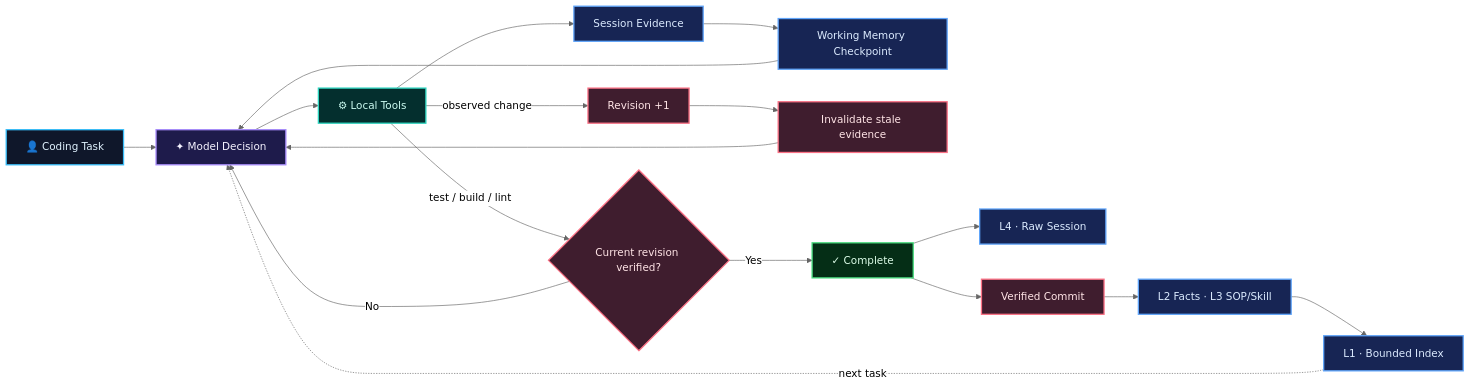
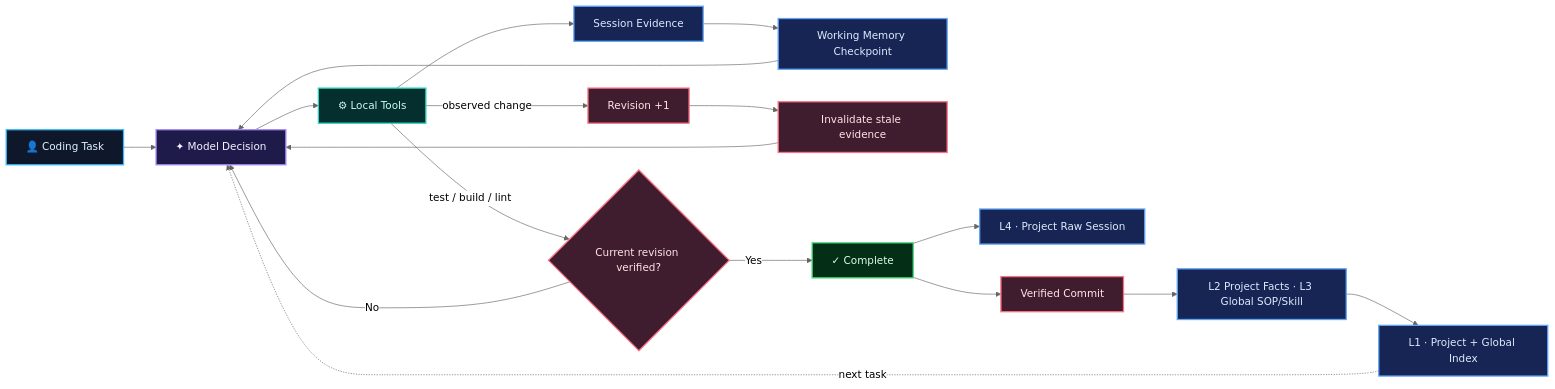
One commit to yedda1117/ProofCode changed the diagram in README.md. Above: the diagram before and after it, drawn with Mermaid (neutral theme). The commit also changed other lines of this file, not shown here.

````diff
--- a/README.md
+++ b/README.md
@@ -58,26 +58,26 @@
 ```mermaid
 flowchart LR
     classDef user fill:#0f172a,stroke:#38bdf8,color:#e0f2fe,stroke-width:2px;
     classDef model fill:#1e1b4b,stroke:#a78bfa,color:#f5f3ff,stroke-width:2px;
     classDef tool fill:#042f2e,stroke:#2dd4bf,color:#ccfbf1,stroke-width:2px;
     classDef context fill:#172554,stroke:#60a5fa,color:#dbeafe,stroke-width:2px;
     classDef gate fill:#3f1d2e,stroke:#fb7185,color:#ffe4e6,stroke-width:2px;
     classDef done fill:#052e16,stroke:#4ade80,color:#dcfce7,stroke-width:2px;
 
     U["👤 Coding Task"]:::user --> M["✦ Model Decision"]:::model
     M --> T["⚙ Local Tools"]:::tool
     T --> E["Session Evidence"]:::context
     E --> W["Working Memory Checkpoint"]:::context
     W --> M
     T -->|observed change| R["Revision +1"]:::gate
     R --> X["Invalidate stale evidence"]:::gate
     X --> M
     T -->|test / build / lint| V{"Current revision verified?"}:::gate
     V -->|No| M
     V -->|Yes| D["✓ Complete"]:::done
-    D --> J["L4 · Raw Session"]:::context
+    D --> J["L4 · Project Raw Session"]:::context
     D --> C["Verified Commit"]:::gate
-    C --> K["L2 Facts · L3 SOP/Skill"]:::context
-    K --> I["L1 · Bounded Index"]:::context
+    C --> K["L2 Project Facts · L3 Global SOP/Skill"]:::context
+    K --> I["L1 · Project + Global Index"]:::context
     I -. next task .-> M
 ```
````
